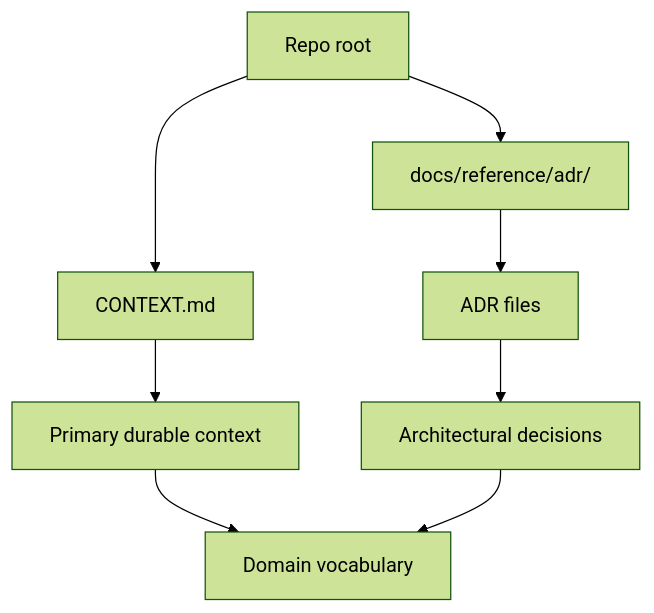
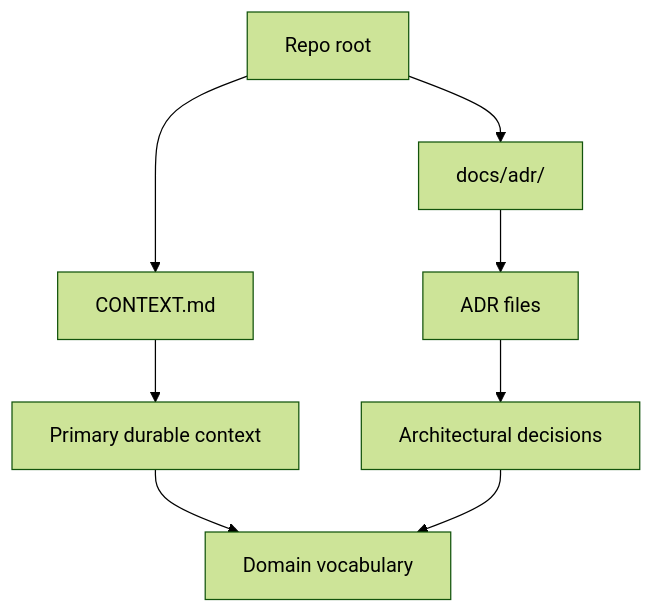
One commit to quantumquirkxyz/skills-quirk changed the diagram in docs/reference/agents/domain.md. Above: the diagram before and after it, drawn with Mermaid (forest theme). The commit also changed other lines of this file and 8 other files, not shown here.

````diff
--- a/docs/reference/agents/domain.md
+++ b/docs/reference/agents/domain.md
@@ -5,10 +5,10 @@
 ```mermaid
 flowchart TD
     A[Repo root] --> B[CONTEXT.md]
-    A --> C[docs/reference/adr/]
+    A --> C[docs/adr/]
     C --> D[ADR files]
     B --> E[Primary durable context]
     D --> F[Architectural decisions]
     E --> G[Domain vocabulary]
     F --> G
 ```
````
